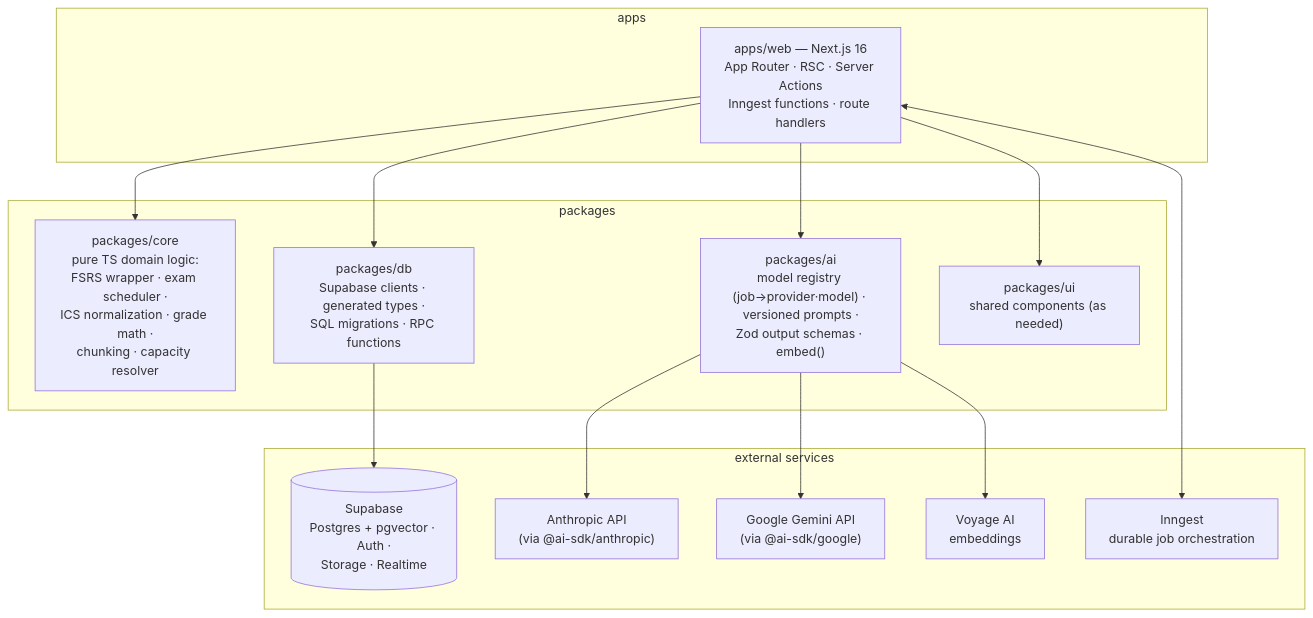
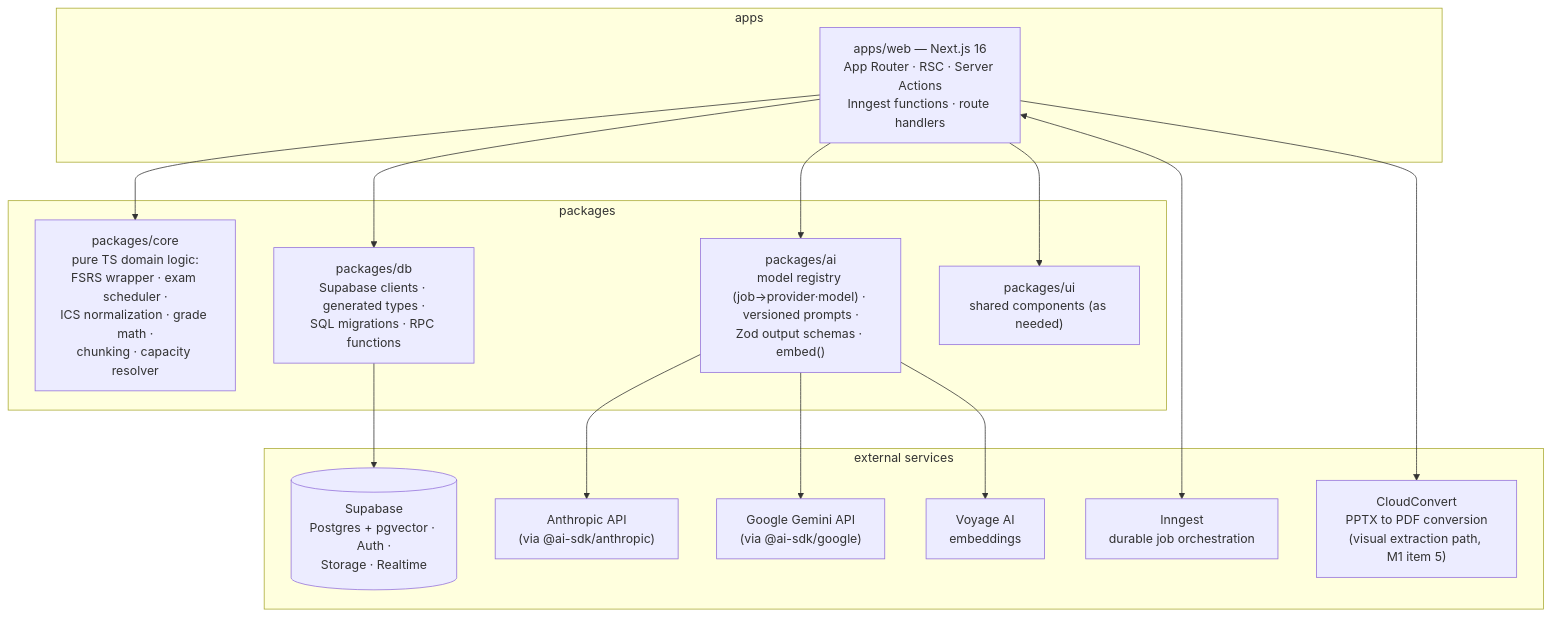
One commit to alexanderkrink/personal.dashboard changed the first of 4 diagrams in PLAN.md. Above: the diagram before and after it, drawn with Mermaid. The commit also changed other lines of this file, not shown here.

````diff
--- a/PLAN.md
+++ b/PLAN.md
@@ -634,28 +644,30 @@
 ```mermaid
 graph TD
     subgraph "apps"
         web["apps/web — Next.js 16<br/>App Router · RSC · Server Actions<br/>Inngest functions · route handlers"]
     end
     subgraph "packages"
         core["packages/core<br/>pure TS domain logic:<br/>FSRS wrapper · exam scheduler ·<br/>ICS normalization · grade math ·<br/>chunking · capacity resolver"]
         db["packages/db<br/>Supabase clients · generated types ·<br/>SQL migrations · RPC functions"]
         ai["packages/ai<br/>model registry (job→provider·model) · versioned prompts ·<br/>Zod output schemas · embed()"]
         ui["packages/ui<br/>shared components (as needed)"]
     end
     subgraph "external services"
         supabase[("Supabase<br/>Postgres + pgvector · Auth ·<br/>Storage · Realtime")]
         anthropic["Anthropic API<br/>(via @ai-sdk/anthropic)"]
         google["Google Gemini API<br/>(via @ai-sdk/google)"]
         voyage["Voyage AI<br/>embeddings"]
         inngest["Inngest<br/>durable job orchestration"]
+        cloudconvert["CloudConvert<br/>PPTX to PDF conversion<br/>(visual extraction path, M1 item 5)"]
     end
     web --> core
     web --> db
     web --> ai
     web --> ui
     db --> supabase
     ai --> anthropic
     ai --> google
     ai --> voyage
     web <--> inngest
+    web --> cloudconvert
 ```
````
